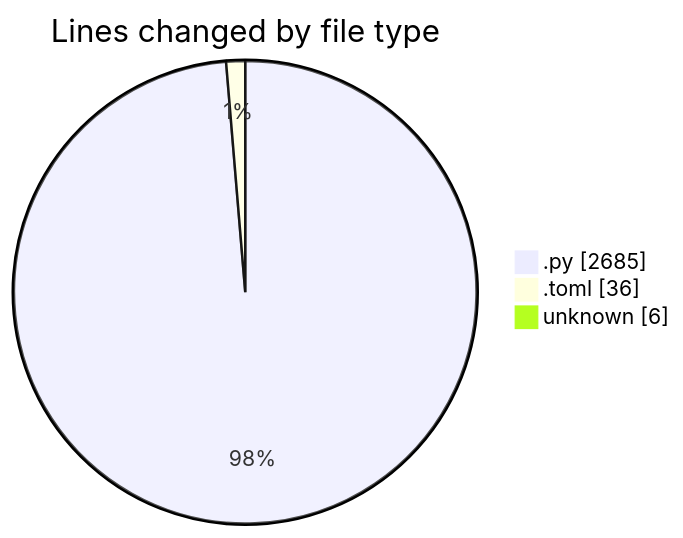
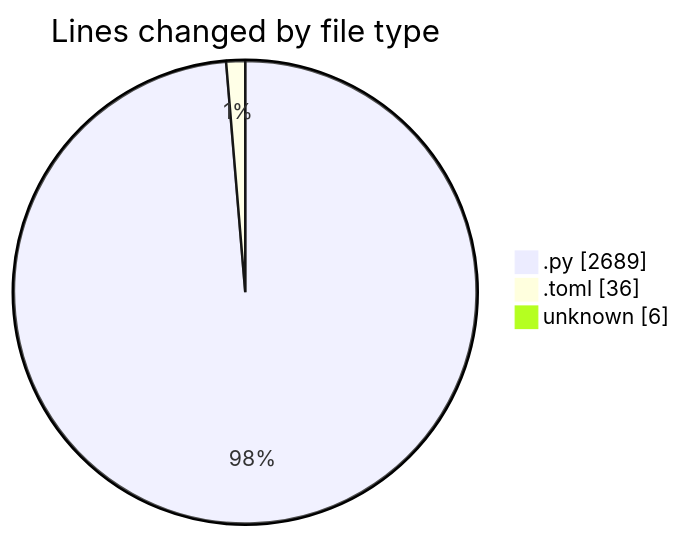
Before and after one commit to julien-gomy/code-tracking: the first of 2 diagrams in 2025-11-20/eventscop-api-guide__workspace_/README.md, drawn with Mermaid. The commit also changed other lines of this file and 1 other file, not shown here.

````diff
--- a/2025-11-20/eventscop-api-guide__workspace_/README.md
+++ b/2025-11-20/eventscop-api-guide__workspace_/README.md
@@ -32,7 +32,7 @@
 ```mermaid
 pie showData
 title Lines changed by file type
-".py" : 2685
+".py" : 2689
 ".toml" : 36
 "unknown" : 6
 ```
````
